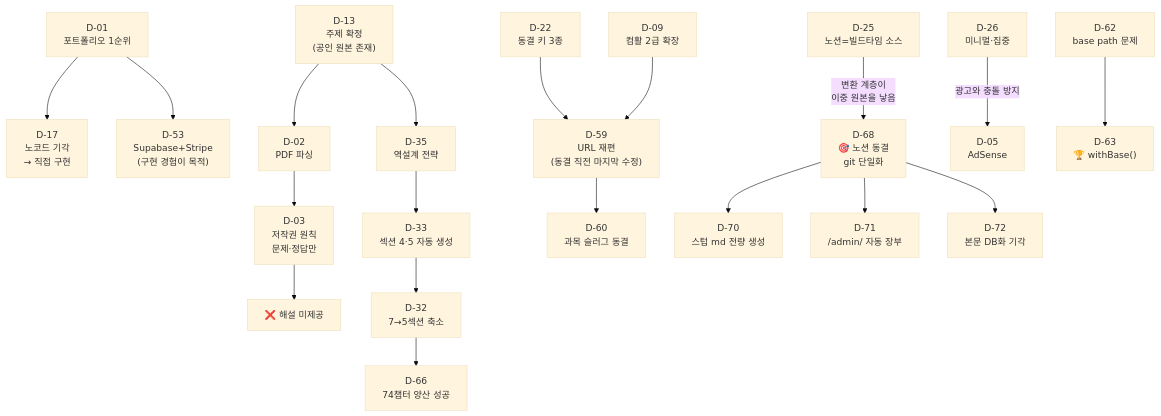
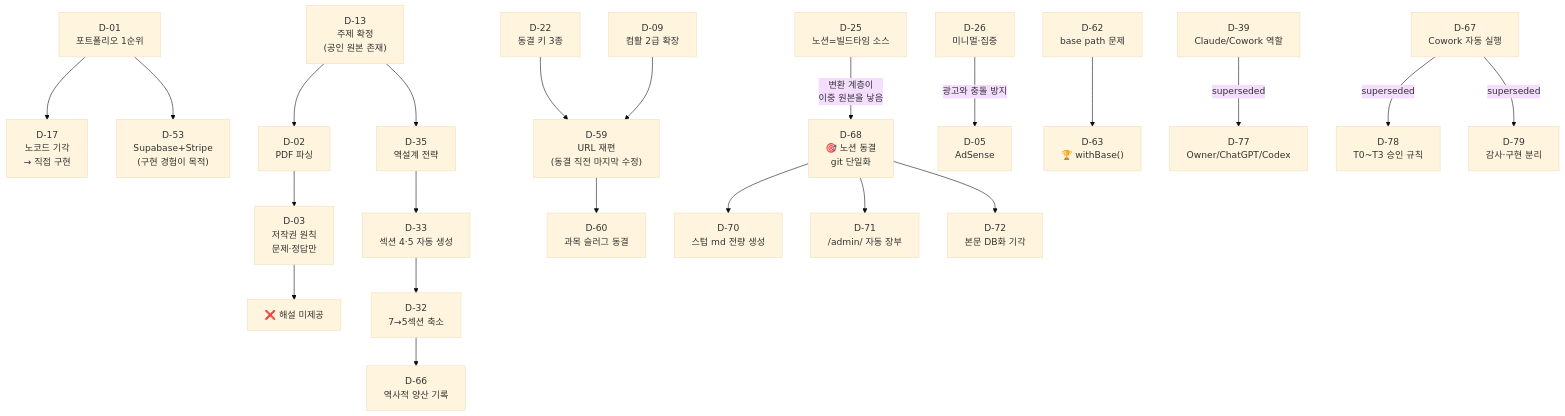
Before and after one commit to syjy813/getpasslab: the diagram in DECISION_LOG.md, drawn with Mermaid (base theme). The commit also changed other lines of this file, not shown here.

````diff
--- a/DECISION_LOG.md
+++ b/DECISION_LOG.md
@@ -1819,28 +2074,32 @@
 ```mermaid
 flowchart TD
     D01["D-01<br/>포트폴리오 1순위"] --> D17["D-17<br/>노코드 기각<br/>→ 직접 구현"]
     D01 --> D53["D-53<br/>Supabase+Stripe<br/>(구현 경험이 목적)"]
-    
+
     D13["D-13<br/>주제 확정<br/>(공인 원본 존재)"] --> D02["D-02<br/>PDF 파싱"]
     D02 --> D03["D-03<br/>저작권 원칙<br/>문제·정답만"]
     D03 --> X04["❌ 해설 미제공"]
-    
+
     D13 --> D35["D-35<br/>역설계 전략"]
     D35 --> D33["D-33<br/>섹션 4·5 자동 생성"]
     D33 --> D32["D-32<br/>7→5섹션 축소"]
-    D32 --> D66["D-66<br/>74챕터 양산 성공"]
-    
+    D32 --> D66["D-66<br/>역사적 양산 기록"]
+
     D22["D-22<br/>동결 키 3종"] --> D59["D-59<br/>URL 재편<br/>(동결 직전 마지막 수정)"]
     D59 --> D60["D-60<br/>과목 슬러그 동결"]
-    
+
     D25["D-25<br/>노션=빌드타임 소스"] -->|변환 계층이<br/>이중 원본을 낳음| D68["D-68<br/>🎯 노션 동결<br/>git 단일화"]
     D68 --> D70["D-70<br/>스텁 md 전량 생성"]
     D68 --> D71["D-71<br/>/admin/ 자동 장부"]
     D68 --> D72["D-72<br/>본문 DB화 기각"]
-    
+
     D26["D-26<br/>미니멀·집중"] -->|광고와 충돌 방지| D05["D-05<br/>AdSense"]
-    
+
     D09["D-09<br/>컴활 2급 확장"] --> D59
-    
+
     D62["D-62<br/>base path 문제"] --> D63["D-63<br/>🏆 withBase()"]
+
+    D39["D-39<br/>Claude/Cowork 역할"] -->|superseded| D77["D-77<br/>Owner/ChatGPT/Codex"]
+    D67["D-67<br/>Cowork 자동 실행"] -->|superseded| D78["D-78<br/>T0~T3 승인 규칙"]
+    D67 -->|superseded| D79["D-79<br/>감사·구현 분리"]
 ```
````
